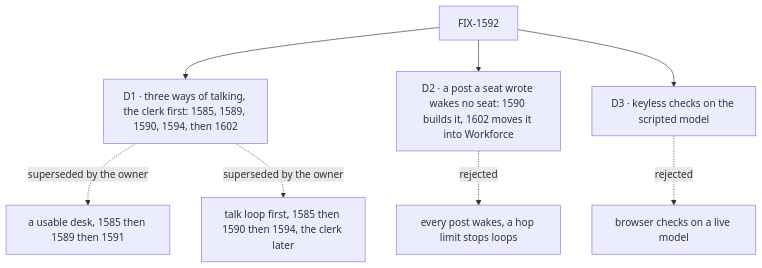
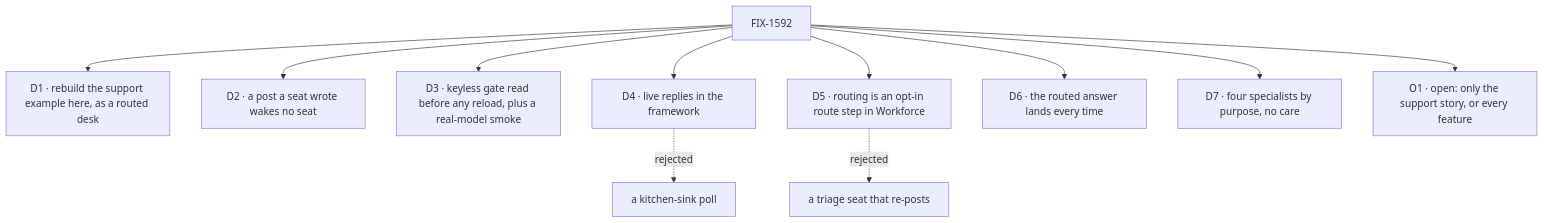
One commit to fixpoint-labs/flow-state-dev changed the diagram in specs/epics/FIX-1592/DECISIONS.md. Above: the diagram before and after it, drawn with Mermaid. The commit also changed other lines of this file and 8 other files, not shown here.

First line of the commit message:
spec(FIX-1592): rebuild the kitchen-sink support example as a routed desk

````diff
--- a/specs/epics/FIX-1592/DECISIONS.md
+++ b/specs/epics/FIX-1592/DECISIONS.md
@@ -11,10 +10,13 @@
 ```mermaid
 flowchart TD
-  E["FIX-1592"] --> D1["D1 · three ways of talking, the clerk first: 1585, 1589, 1590, 1594, then 1602"]
-  D1 -.->|"superseded by the owner"| X1["a usable desk, 1585 then 1589 then 1591"]
-  D1 -.->|"superseded by the owner"| X1b["talk loop first, 1585 then 1590 then 1594, the clerk later"]
-  E --> D2["D2 · a post a seat wrote wakes no seat: 1590 builds it, 1602 moves it into Workforce"]
-  D2 -.->|"rejected"| X2["every post wakes, a hop limit stops loops"]
-  E --> D3["D3 · keyless checks on the scripted model"]
-  D3 -.->|"rejected"| X3["browser checks on a live model"]
+  E["FIX-1592"] --> D1["D1 · rebuild the support example here, as a routed desk"]
+  E --> D2["D2 · a post a seat wrote wakes no seat"]
+  E --> D3["D3 · keyless gate read before any reload, plus a real-model smoke"]
+  E --> D4["D4 · live replies in the framework"]
+  D4 -.->|"rejected"| X4["a kitchen-sink poll"]
+  E --> D5["D5 · routing is an opt-in route step in Workforce"]
+  D5 -.->|"rejected"| X5["a triage seat that re-posts"]
+  E --> D6["D6 · the routed answer lands every time"]
+  E --> D7["D7 · four specialists by purpose, no care"]
+  E --> O1["O1 · open: only the support story, or every feature"]
 ```
````
